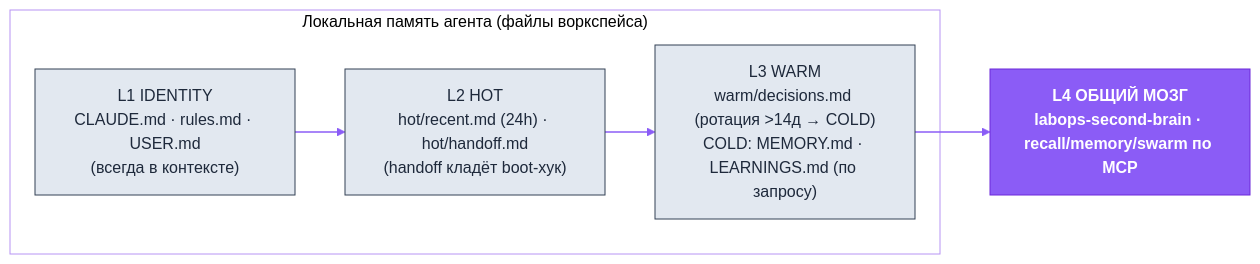
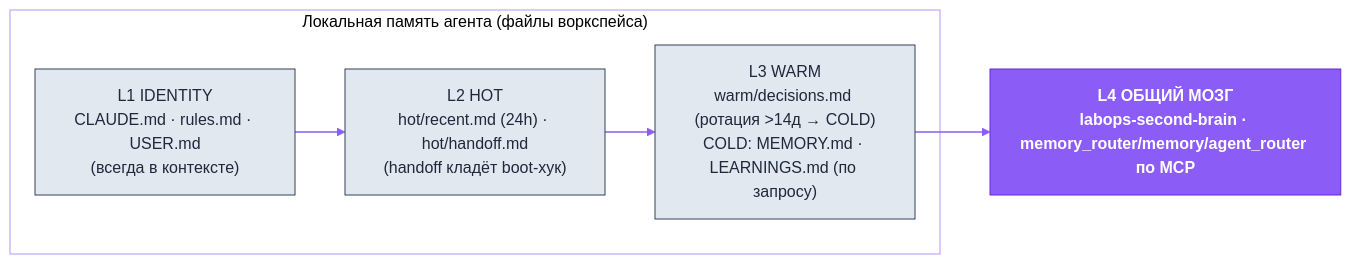
Before and after one commit to dediukhinpa/labops-agent-architecture: the third of 4 diagrams in README.ru.md, drawn with Mermaid. The commit also changed other lines of this file and 38 other files, not shown here.

First line of the commit message:
Переименовать MCP-серверы: recall → memory_router, swarm → agent_router

````diff
--- a/README.ru.md
+++ b/README.ru.md
@@ -213,18 +213,18 @@
 ```mermaid
 %%{init: {'theme':'base','themeVariables':{'primaryColor':'#EDE9FE','primaryTextColor':'#4C1D95','primaryBorderColor':'#8B5CF6','lineColor':'#8B5CF6','secondaryColor':'#F1F5F9','tertiaryColor':'#ffffff','clusterBkg':'transparent','clusterBorder':'#B794F4','fontFamily':'Helvetica,Arial,sans-serif'}}}%%
 flowchart LR
   subgraph local["Локальная память агента (файлы воркспейса)"]
     L1["L1 IDENTITY<br/>CLAUDE.md · rules.md · USER.md<br/>(всегда в контексте)"]
     L2["L2 HOT<br/>hot/recent.md (24h) · hot/handoff.md<br/>(handoff кладёт boot-хук)"]
     L3["L3 WARM<br/>warm/decisions.md (ротация >14д → COLD)<br/>COLD: MEMORY.md · LEARNINGS.md (по запросу)"]
   end
-  L4["L4 ОБЩИЙ МОЗГ<br/>labops-second-brain · recall/memory/swarm по MCP"]
+  L4["L4 ОБЩИЙ МОЗГ<br/>labops-second-brain · memory_router/memory/agent_router по MCP"]
   L1 --> L2 --> L3 --> L4
   classDef brand fill:#8B5CF6,stroke:#6D28D9,color:#ffffff,font-weight:bold
   classDef ext fill:#CCFBF1,stroke:#0D9488,color:#0F766E
   classDef store fill:#FEF3C7,stroke:#D97706,color:#92400E
   classDef sys fill:#E2E8F0,stroke:#334155,color:#1E293B
   linkStyle default stroke:#8B5CF6,stroke-width:1.5px
   class L4 brand
   class L1,L2,L3 sys
 ```
````
